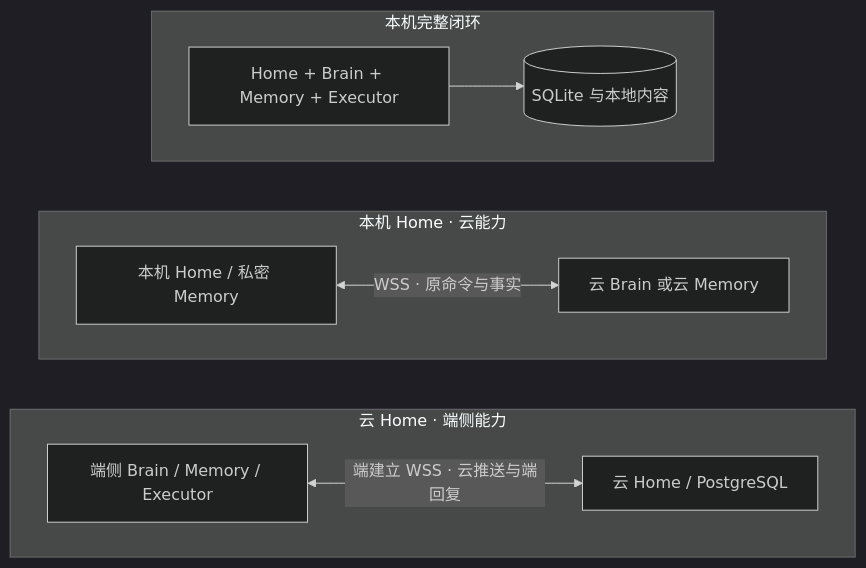
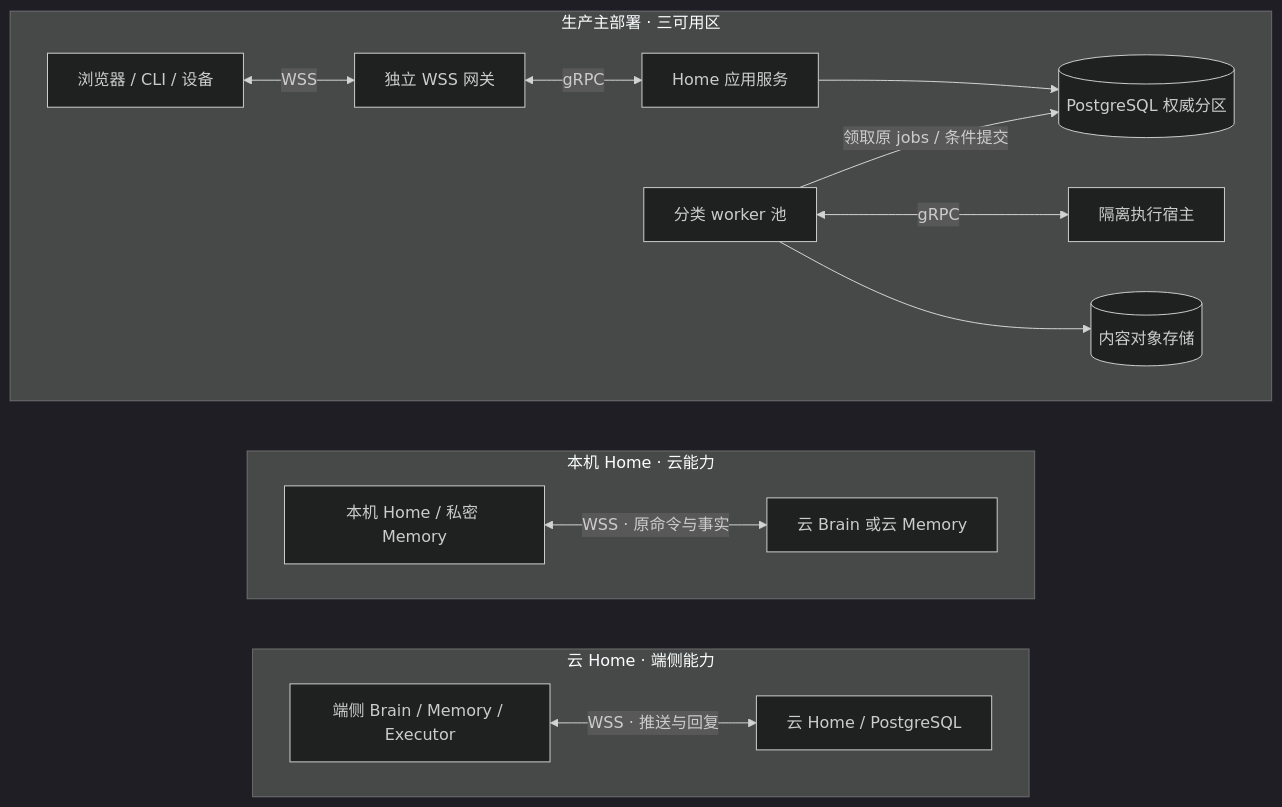
One commit to ruipengliu/lerna changed the first of 2 diagrams in docs/architecture/deployment.md. Above: the diagram before and after it, drawn with Mermaid (dark theme). The commit also changed other lines of this file and 95 other files, not shown here.

Commit message:
docs: define production distributed architecture

````diff
--- a/docs/architecture/deployment.md
+++ b/docs/architecture/deployment.md
@@ -29,20 +29,30 @@
 ```mermaid
 flowchart TB
-    subgraph L[本机完整闭环]
-      H1[Home + Brain + Memory + Executor]
-      D1[(SQLite 与本地内容)]
+    subgraph L[生产主部署 · 三可用区]
+      U[浏览器 / CLI / 设备]
+      G[独立 WSS 网关]
+      H1[Home 应用服务]
+      W[分类 worker 池]
+      E[隔离执行宿主]
+      D1[(PostgreSQL 权威分区)]
+      O[(内容对象存储)]
+      U <-->|WSS| G
+      G <-->|gRPC| H1
       H1 --> D1
+      W -->|领取原 jobs / 条件提交| D1
+      W <-->|gRPC| E
+      W --> O
     end
     subgraph M[本机 Home · 云能力]
       H2[本机 Home / 私密 Memory]
       B2[云 Brain 或云 Memory]
       H2 <-->|WSS · 原命令与事实| B2
     end
     subgraph C[云 Home · 端侧能力]
       H3[云 Home / PostgreSQL]
       E3[端侧 Brain / Memory / Executor]
-      E3 <-->|端建立 WSS · 云推送与端回复| H3
+      E3 <-->|WSS · 推送与回复| H3
     end
     L ~~~ M
     M ~~~ C
 ```
````
